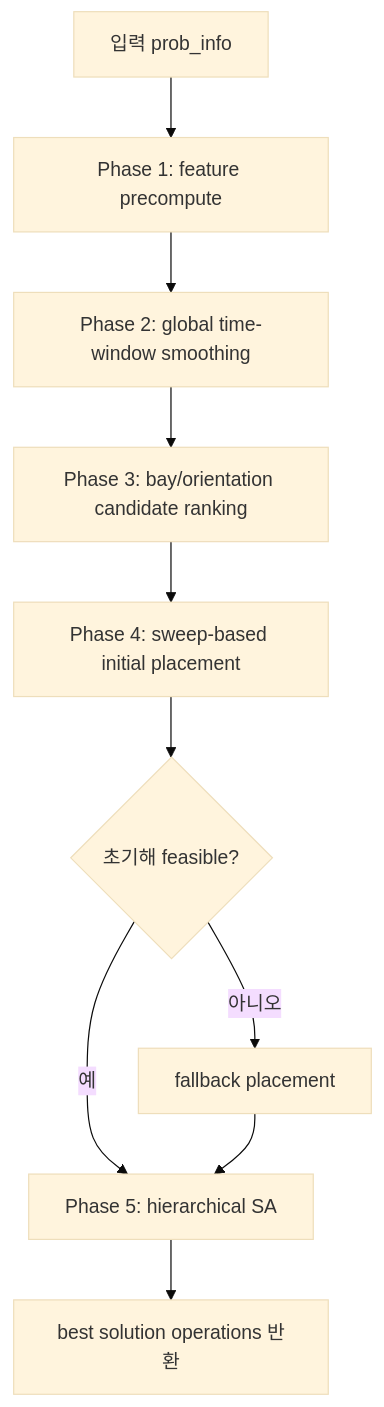
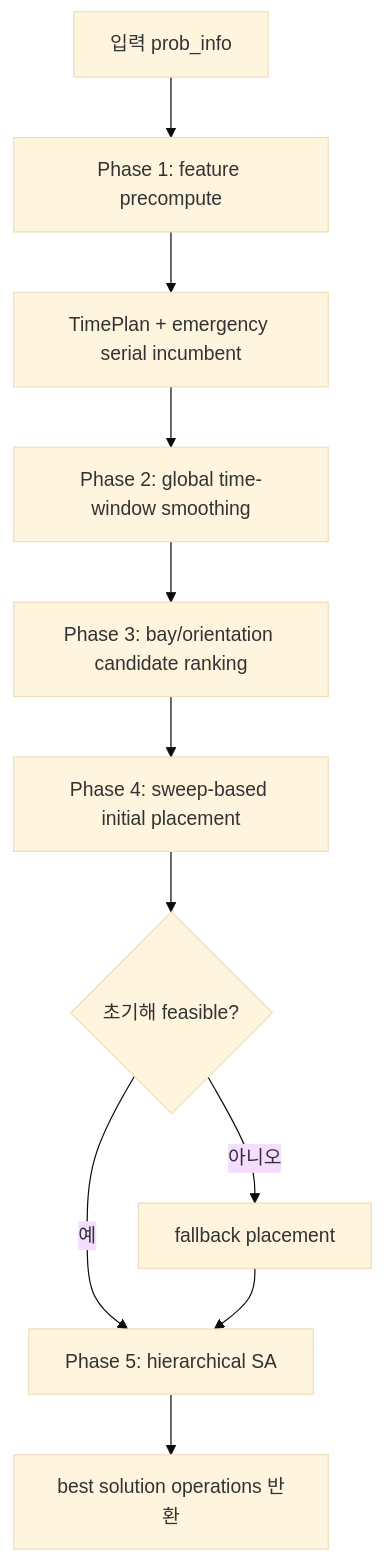
One commit to kjh278231/ogc-2026-coco changed the diagram in MY_NEW_ALGORITHM_EXPLANATION.md. Above: the diagram before and after it, drawn with Mermaid (base theme). The commit also changed other lines of this file and 1 other file, not shown here.

Commit message:
Add Athena anytime time planning

````diff
--- a/MY_NEW_ALGORITHM_EXPLANATION.md
+++ b/MY_NEW_ALGORITHM_EXPLANATION.md
@@ -43,12 +43,13 @@
 ```mermaid
 flowchart TD
     A["입력 prob_info"] --> B["Phase 1: feature precompute"]
-    B --> C["Phase 2: global time-window smoothing"]
+    B --> P["TimePlan + emergency serial incumbent"]
+    P --> C["Phase 2: global time-window smoothing"]
     C --> D["Phase 3: bay/orientation candidate ranking"]
     D --> E["Phase 4: sweep-based initial placement"]
     E --> F{"초기해 feasible?"}
     F -- "아니오" --> G["fallback placement"]
     F -- "예" --> H["Phase 5: hierarchical SA"]
     G --> H
     H --> I["best solution operations 반환"]
 ```
````
